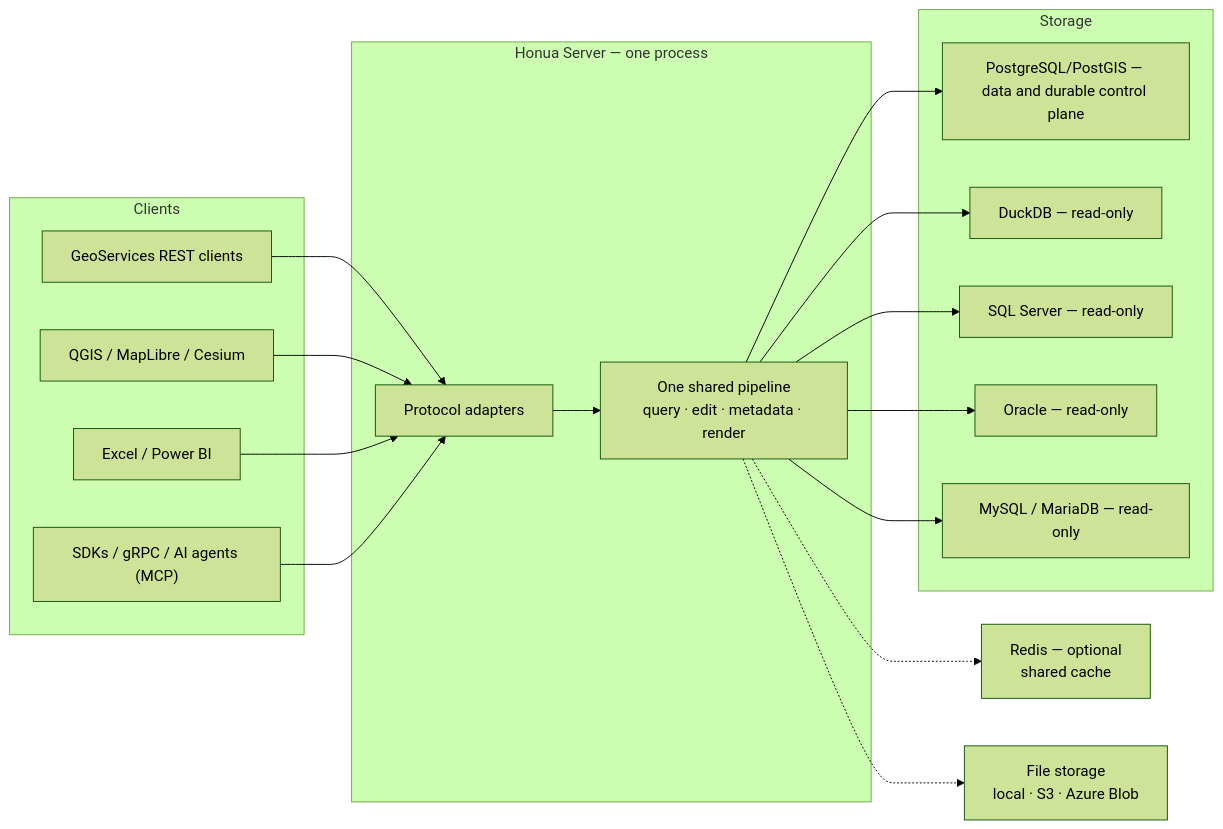
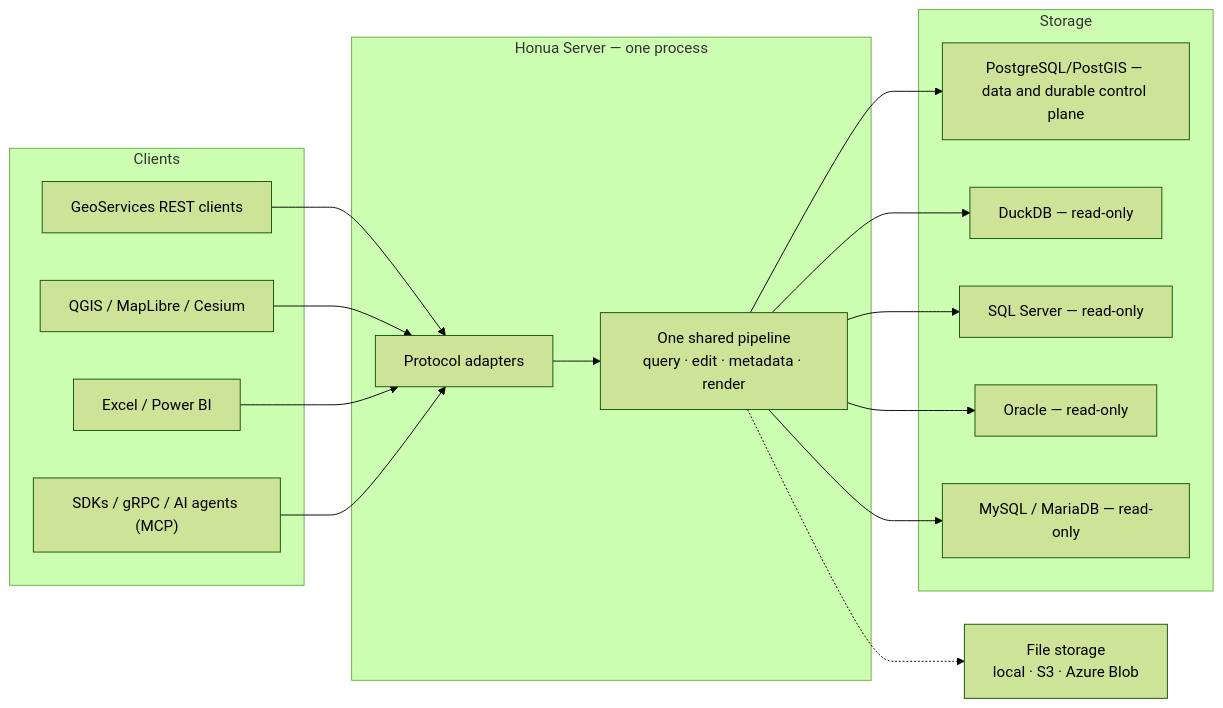
Before and after one commit to honua-io/honua-server: the diagram in docs/concepts/architecture.md, drawn with Mermaid (forest theme). The commit also changed other lines of this file and 30 other files, not shown here.

````diff
--- a/docs/concepts/architecture.md
+++ b/docs/concepts/architecture.md
@@ -25,40 +25,38 @@
 ```mermaid
 flowchart LR
   subgraph clients["Clients"]
     geoservices["GeoServices REST clients"]
     ogc["QGIS / MapLibre / Cesium"]
     bi["Excel / Power BI"]
     sdk["SDKs / gRPC / AI agents (MCP)"]
   end
 
   subgraph server["Honua Server — one process"]
     adapters["Protocol adapters"]
     pipeline["One shared pipeline<br/>query · edit · metadata · render"]
     adapters --> pipeline
   end
 
   subgraph storage["Storage"]
     postgis["PostgreSQL/PostGIS — data and durable control plane"]
     duckdb["DuckDB — read-only"]
     mssql["SQL Server — read-only"]
     oracle["Oracle — read-only"]
     mysql["MySQL / MariaDB — read-only"]
   end
 
-  redis["Redis — optional<br/>shared cache"]
   files["File storage<br/>local · S3 · Azure Blob"]
 
   geoservices --> adapters
   ogc --> adapters
   bi --> adapters
   sdk --> adapters
 
   pipeline --> postgis
   pipeline --> duckdb
   pipeline --> mssql
   pipeline --> oracle
   pipeline --> mysql
 
-  pipeline -.-> redis
   pipeline -.-> files
 ```
````
